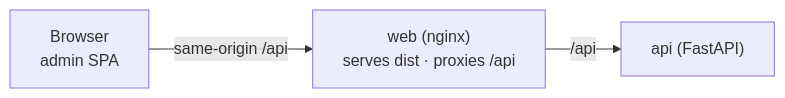
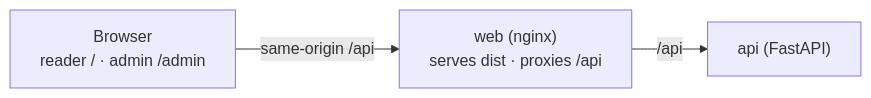
The ninth of 9 diagrams in docs/architecture.md (jacogro13/Cicero), drawn with Mermaid before and after one commit. The commit also changed other lines of this file and 20 other files, not shown here.

Commit message:
feat(frontend): reader SPA and admin/reader role split (ADR-022)

````diff
--- a/docs/architecture.md
+++ b/docs/architecture.md
@@ -451,8 +454,8 @@
 ```mermaid
 flowchart LR
-    B["Browser<br/>admin SPA"]
+    B["Browser<br/>reader / · admin /admin"]
     W["web (nginx)<br/>serves dist · proxies /api"]
     A["api (FastAPI)"]
     B -->|same-origin /api| W
     W -->|/api| A
 ```
````
